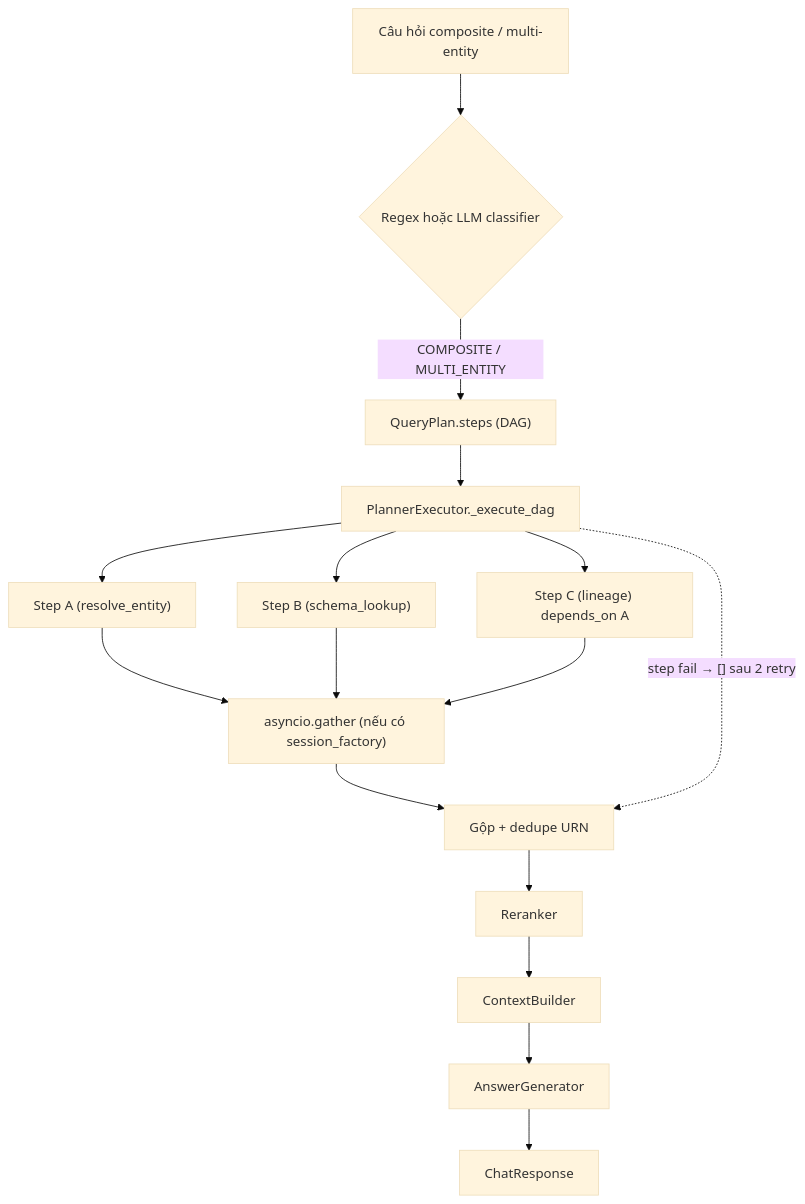
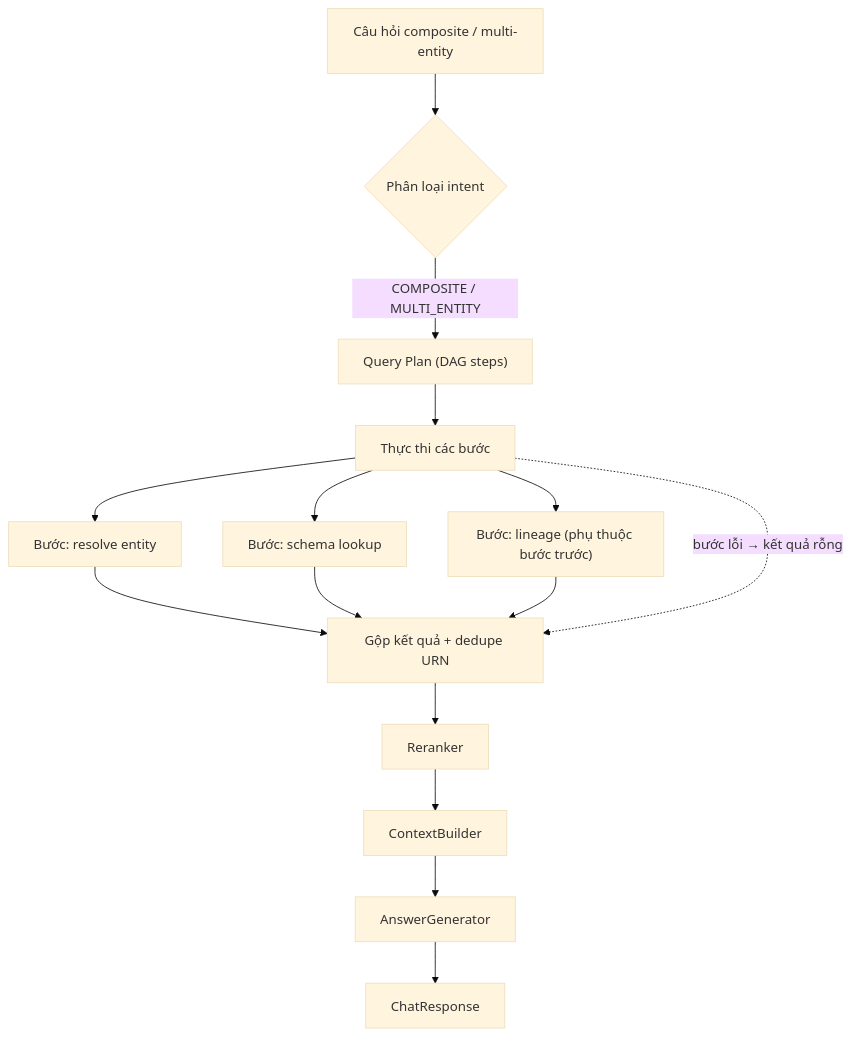
The third of 16 diagrams in datahub-ai-chatbot/docs/TECHNICAL_ARCHITECTURE_REPORT.md (anoreo07/datahub_ai_chatbot), drawn with Mermaid (base theme) before and after one commit. The commit also changed other lines of this file and 414 other files, not shown here.

````diff
--- a/datahub-ai-chatbot/docs/TECHNICAL_ARCHITECTURE_REPORT.md
+++ b/datahub-ai-chatbot/docs/TECHNICAL_ARCHITECTURE_REPORT.md
@@ -417,15 +188,17 @@
 ```mermaid
 flowchart TD
-    Q["Câu hỏi composite / multi-entity"] --> DET{"Regex hoặc LLM classifier"}
-    DET -->|COMPOSITE / MULTI_ENTITY| PLAN["QueryPlan.steps (DAG)"]
-    PLAN --> DAG["PlannerExecutor._execute_dag"]
-    DAG --> BR["Step A (resolve_entity)"] --> G1
-    DAG --> BR2["Step B (schema_lookup)"] --> G1
-    DAG --> BR3["Step C (lineage) depends_on A"] --> G1
-    G1["asyncio.gather (nếu có session_factory)"] --> MERGE["Gộp + dedupe URN"]
+    Q["Câu hỏi composite / multi-entity"] --> DET{"Phân loại intent"}
+    DET -->|"COMPOSITE / MULTI_ENTITY"| PLAN["Query Plan (DAG steps)"]
+    PLAN --> EXEC["Thực thi các bước"]
+    EXEC --> BR["Bước: resolve entity"]
+    EXEC --> BR2["Bước: schema lookup"]
+    EXEC --> BR3["Bước: lineage (phụ thuộc bước trước)"]
+    BR --> MERGE["Gộp kết quả + dedupe URN"]
+    BR2 --> MERGE
+    BR3 --> MERGE
     MERGE --> RERANK["Reranker"]
     RERANK --> CTX["ContextBuilder"]
     CTX --> LLM["AnswerGenerator"]
     LLM --> RESP["ChatResponse"]
-    DAG -.->|"step fail → [] sau 2 retry"| MERGE
+    EXEC -.->|"bước lỗi → kết quả rỗng"| MERGE
 ```
````
